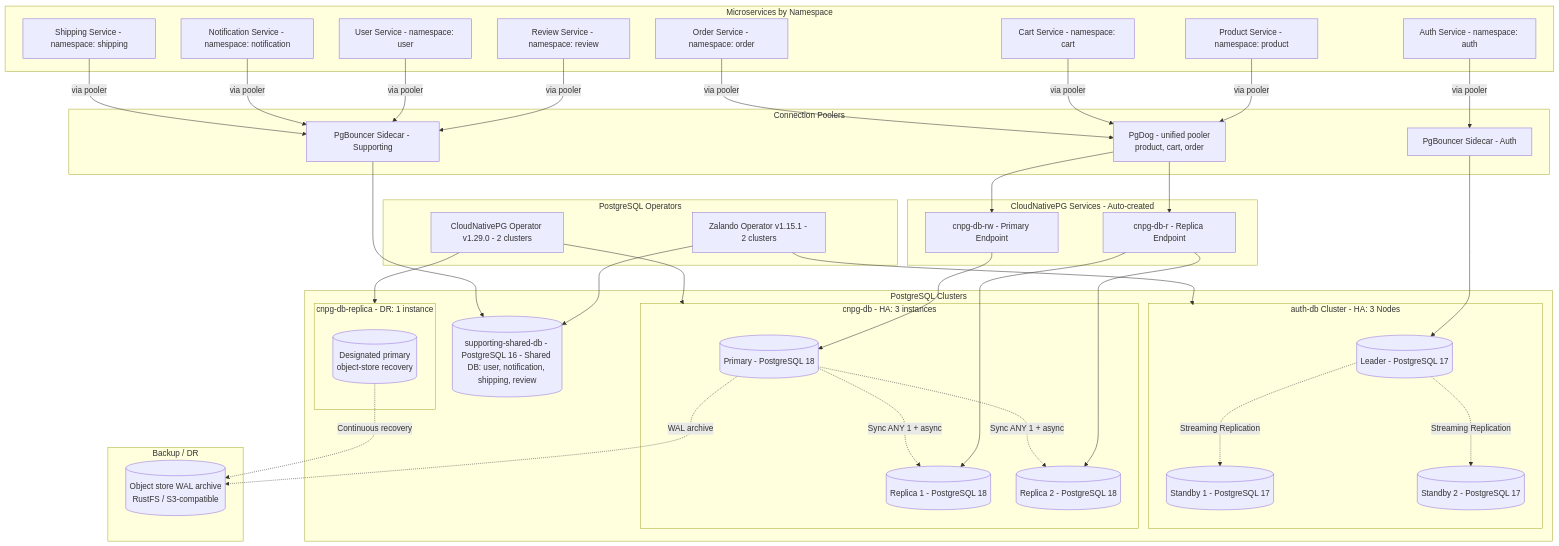
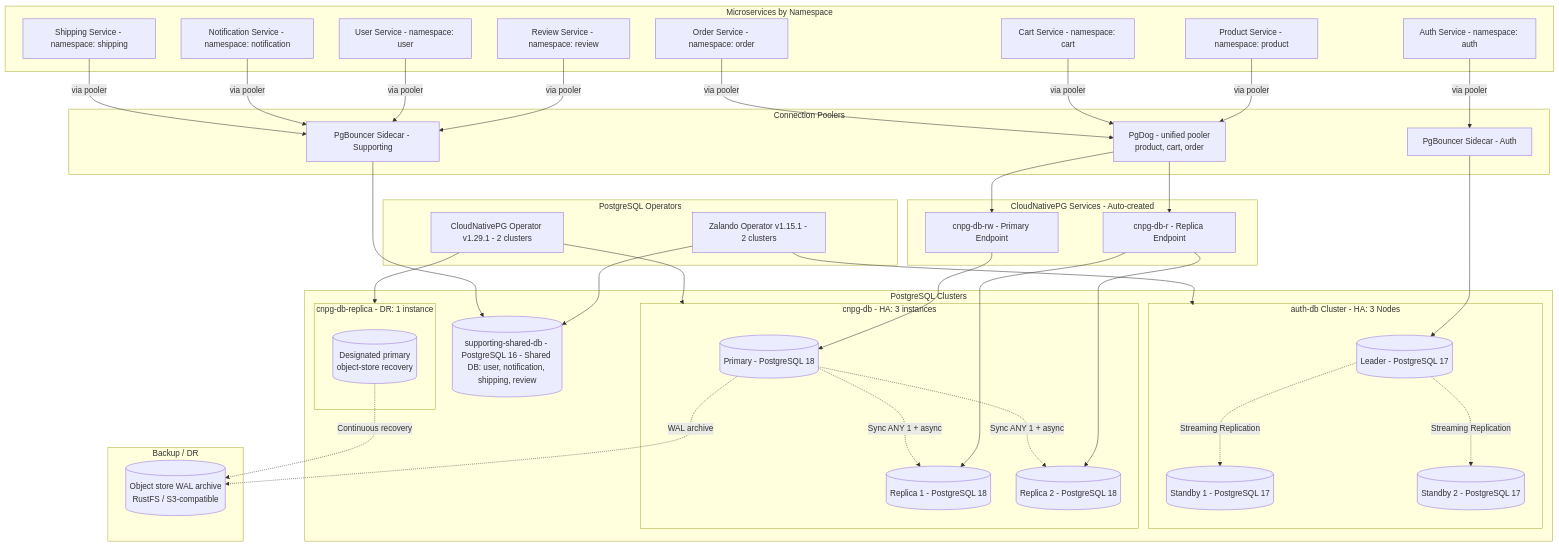
The first of 3 diagrams in docs/databases/002-database-integration.md (duynhlab/homelab), drawn with Mermaid before and after one commit. The commit also changed other lines of this file and 12 other files, not shown here.

First line of the commit message:
Bump CloudNativePG to 1.29.1 and move Barman plugin to controllers

````diff
--- a/docs/databases/002-database-integration.md
+++ b/docs/databases/002-database-integration.md
@@ -31,82 +31,82 @@
 ```mermaid
 flowchart TB
     subgraph Operators["PostgreSQL Operators"]
         Zalando["Zalando Operator v1.15.1 - 2 clusters"]
-        CloudNativePG["CloudNativePG Operator v1.29.0 - 2 clusters"]
+        CloudNativePG["CloudNativePG Operator v1.29.1 - 2 clusters"]
     end
     
     subgraph Services["Microservices by Namespace"]
         AuthSvc["Auth Service - namespace: auth"]
         ProductSvc["Product Service - namespace: product"]
         CartSvc["Cart Service - namespace: cart"]
         OrderSvc["Order Service - namespace: order"]
         ReviewSvc["Review Service - namespace: review"]
         UserSvc["User Service - namespace: user"]
         NotificationSvc["Notification Service - namespace: notification"]
         ShippingSvc["Shipping Service - namespace: shipping"]
     end
     
     subgraph Poolers["Connection Poolers"]
         PgBouncerAuth["PgBouncer Sidecar - Auth"]
         PgBouncerSupporting["PgBouncer Sidecar - Supporting"]
         PgDogCNPG["PgDog - unified pooler<br/>product, cart, order"]
     end
     
     subgraph Clusters["PostgreSQL Clusters"]
         subgraph AuthDBCluster["auth-db Cluster - HA: 3 Nodes"]
             AuthLeader[("Leader - PostgreSQL 17")]
             AuthStandby1[("Standby 1 - PostgreSQL 17")]
             AuthStandby2[("Standby 2 - PostgreSQL 17")]
         end
         
         subgraph CnpgPrimary["cnpg-db - HA: 3 instances"]
             CnpgPrimaryNode[("Primary - PostgreSQL 18")]
             CnpgReplica1[("Replica 1 - PostgreSQL 18")]
             CnpgReplica2[("Replica 2 - PostgreSQL 18")]
         end
         
         subgraph CnpgDR["cnpg-db-replica - DR: 1 instance"]
             CnpgDRNode[("Designated primary<br/>object-store recovery")]
         end
         
         SupportingDB[("supporting-shared-db - PostgreSQL 16 - Shared DB: user, notification, shipping, review")]
     end
     
     subgraph ObjectStore["Backup / DR"]
         RustFS[("Object store WAL archive<br/>RustFS / S3-compatible")]
     end
     
     subgraph CloudNativePGSvc["CloudNativePG Services - Auto-created"]
         CnpgRW["cnpg-db-rw - Primary Endpoint"]
         CnpgR["cnpg-db-r - Replica Endpoint"]
     end
     
     Zalando --> AuthDBCluster
     Zalando --> SupportingDB
     CloudNativePG --> CnpgPrimary
     CloudNativePG --> CnpgDR
     
     CnpgRW --> CnpgPrimaryNode
     CnpgR --> CnpgReplica1
     CnpgR --> CnpgReplica2
     
     AuthSvc -->|via pooler| PgBouncerAuth
     PgBouncerAuth --> AuthLeader
     ProductSvc -->|via pooler| PgDogCNPG
     CartSvc -->|via pooler| PgDogCNPG
     OrderSvc -->|via pooler| PgDogCNPG
     PgDogCNPG --> CnpgRW
     PgDogCNPG --> CnpgR
     ReviewSvc -->|via pooler| PgBouncerSupporting
     UserSvc -->|via pooler| PgBouncerSupporting
     NotificationSvc -->|via pooler| PgBouncerSupporting
     ShippingSvc -->|via pooler| PgBouncerSupporting
     PgBouncerSupporting --> SupportingDB
     
     AuthLeader -.->|Streaming Replication| AuthStandby1
     AuthLeader -.->|Streaming Replication| AuthStandby2
     CnpgPrimaryNode -.->|Sync ANY 1 + async| CnpgReplica1
     CnpgPrimaryNode -.->|Sync ANY 1 + async| CnpgReplica2
     CnpgPrimaryNode -.->|WAL archive| RustFS
     CnpgDRNode -.->|Continuous recovery| RustFS
 ```
````
